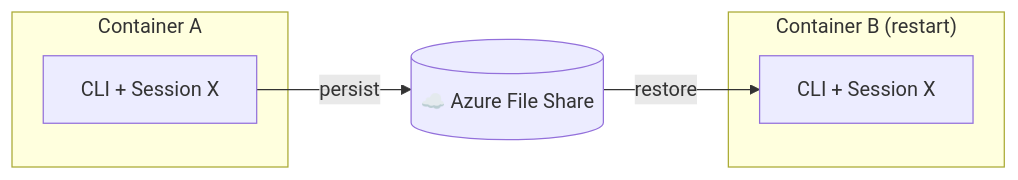
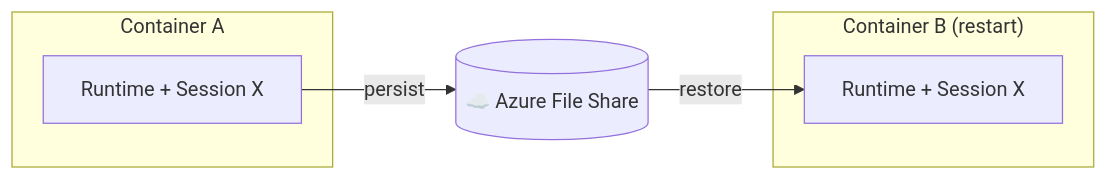
One commit to jeremiahjordanisaacson/copilot-sdk-supercharged changed the sixth of 6 diagrams in docs/features/session-persistence.md. Above: the diagram before and after it, drawn with Mermaid. The commit also changed other lines of this file and 35 other files, not shown here.

````diff
--- a/docs/features/session-persistence.md
+++ b/docs/features/session-persistence.md
@@ -850,13 +850,13 @@
 ```mermaid
 flowchart LR
     subgraph Before["Container A"]
-        CLI1[CLI + Session X]
+        Runtime1[Runtime + Session X]
     end
     
-    CLI1 --> |persist| Azure[(☁️ Azure File Share)]
-    Azure --> |restore| CLI2
+    Runtime1 --> |persist| Azure[(☁️ Azure File Share)]
+    Azure --> |restore| Runtime2
     
     subgraph After["Container B (restart)"]
-        CLI2[CLI + Session X]
+        Runtime2[Runtime + Session X]
     end
 ```
````
